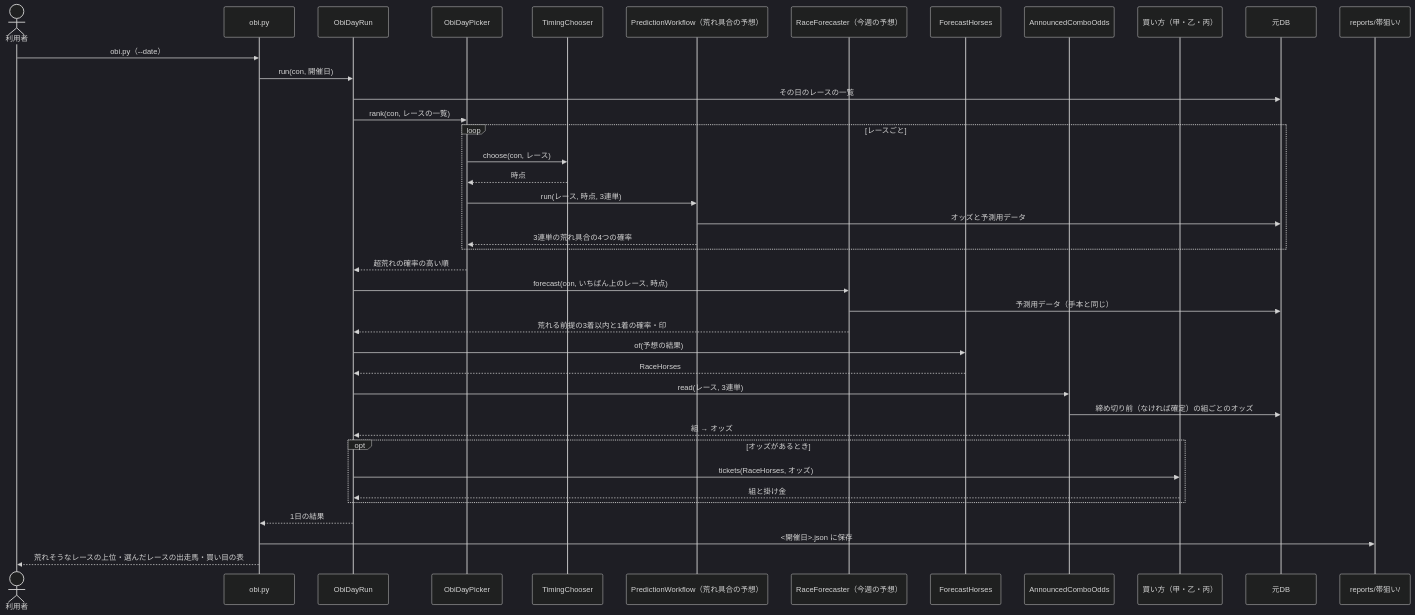
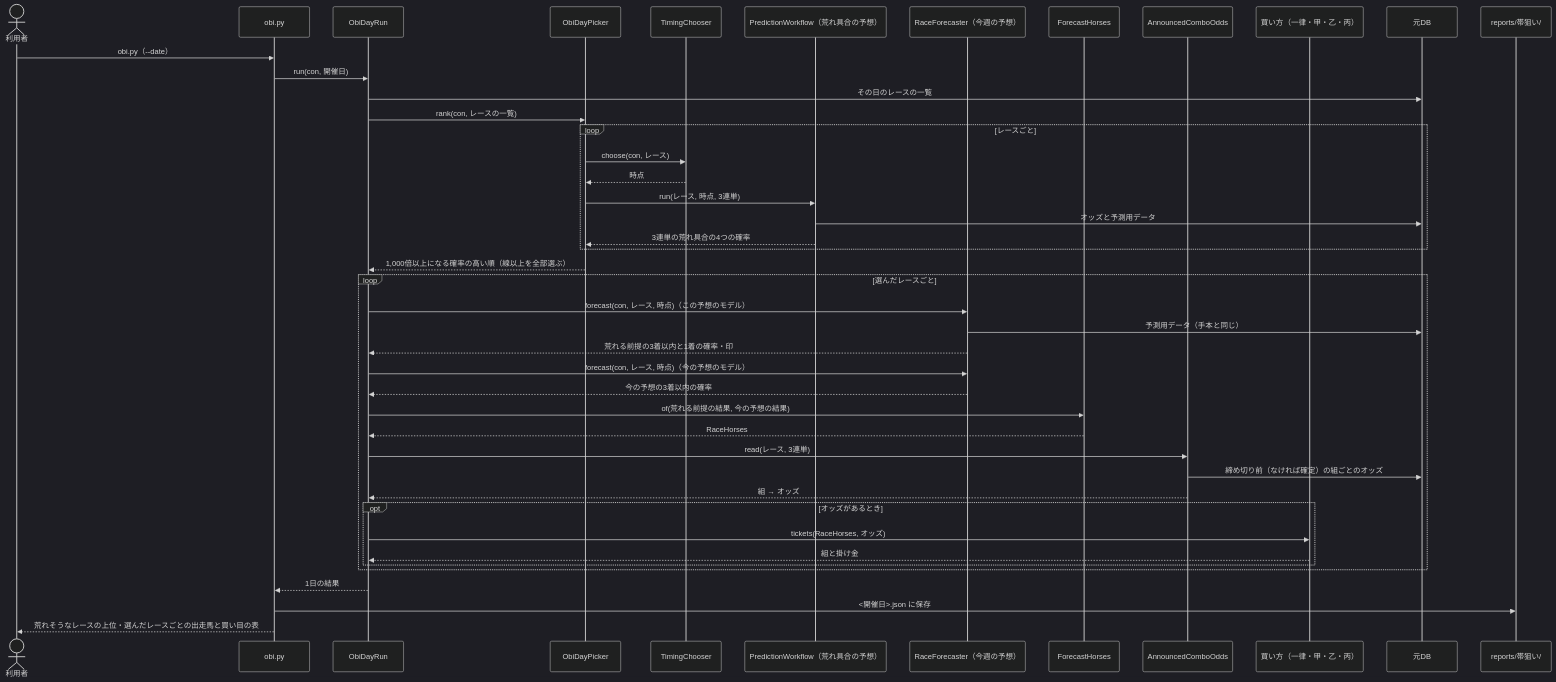
One commit to ht-0328/keiba-yosou changed the second of 2 diagrams in docs/design/荒れる前提で着順を予想/05-sequence.md. Above: the diagram before and after it, drawn with Mermaid (dark theme). The commit also changed other lines of this file and 40 other files, not shown here.

````diff
--- a/docs/design/荒れる前提で着順を予想/05-sequence.md
+++ b/docs/design/荒れる前提で着順を予想/05-sequence.md
@@ -43,43 +43,47 @@
 ```mermaid
 sequenceDiagram
     actor 利用者
     participant OBI as obi.py
     participant RUN as ObiDayRun
     participant PK as ObiDayPicker
     participant TCH as TimingChooser
     participant UP as PredictionWorkflow（荒れ具合の予想）
     participant RF as RaceForecaster（今週の予想）
     participant FH as ForecastHorses
     participant AO as AnnouncedComboOdds
-    participant PL as 買い方（甲・乙・丙）
+    participant PL as 買い方（一律・甲・乙・丙）
     participant DB as 元DB
     participant S as reports/帯狙い/
 
     利用者->>OBI: obi.py（--date）
     OBI->>RUN: run(con, 開催日)
     RUN->>DB: その日のレースの一覧
     RUN->>PK: rank(con, レースの一覧)
     loop レースごと
         PK->>TCH: choose(con, レース)
         TCH-->>PK: 時点
         PK->>UP: run(レース, 時点, 3連単)
         UP->>DB: オッズと予測用データ
         UP-->>PK: 3連単の荒れ具合の4つの確率
     end
-    PK-->>RUN: 超荒れの確率の高い順
-    RUN->>RF: forecast(con, いちばん上のレース, 時点)
-    RF->>DB: 予測用データ（手本と同じ）
-    RF-->>RUN: 荒れる前提の3着以内と1着の確率・印
-    RUN->>FH: of(予想の結果)
-    FH-->>RUN: RaceHorses
-    RUN->>AO: read(レース, 3連単)
-    AO->>DB: 締め切り前（なければ確定）の組ごとのオッズ
-    AO-->>RUN: 組 → オッズ
-    opt オッズがあるとき
-        RUN->>PL: tickets(RaceHorses, オッズ)
-        PL-->>RUN: 組と掛け金
+    PK-->>RUN: 1,000倍以上になる確率の高い順（線以上を全部選ぶ）
+    loop 選んだレースごと
+        RUN->>RF: forecast(con, レース, 時点)（この予想のモデル）
+        RF->>DB: 予測用データ（手本と同じ）
+        RF-->>RUN: 荒れる前提の3着以内と1着の確率・印
+        RUN->>RF: forecast(con, レース, 時点)（今の予想のモデル）
+        RF-->>RUN: 今の予想の3着以内の確率
+        RUN->>FH: of(荒れる前提の結果, 今の予想の結果)
+        FH-->>RUN: RaceHorses
+        RUN->>AO: read(レース, 3連単)
+        AO->>DB: 締め切り前（なければ確定）の組ごとのオッズ
+        AO-->>RUN: 組 → オッズ
+        opt オッズがあるとき
+            RUN->>PL: tickets(RaceHorses, オッズ)
+            PL-->>RUN: 組と掛け金
+        end
     end
     RUN-->>OBI: 1日の結果
     OBI->>S: <開催日>.json に保存
-    OBI-->>利用者: 荒れそうなレースの上位・選んだレースの出走馬・買い目の表
+    OBI-->>利用者: 荒れそうなレースの上位・選んだレースごとの出走馬と買い目の表
 ```
````
